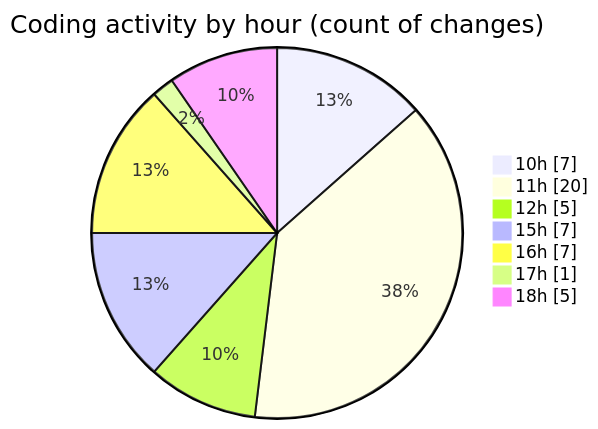
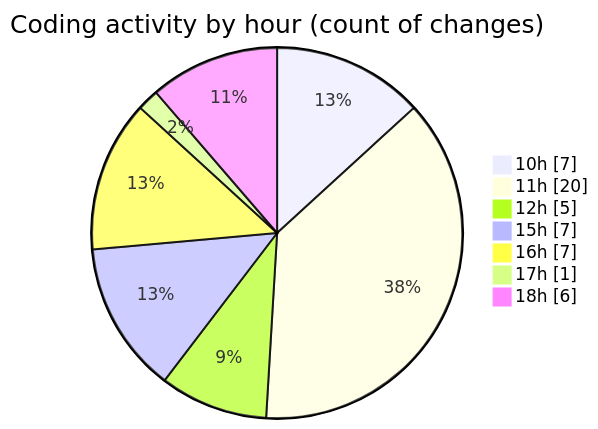
One commit to nxtqubesakshisongat/code-tracking changed the second of 2 diagrams in 2026-04-03/nxtqube_webapp/README.md. Above: the diagram before and after it, drawn with Mermaid. The commit also changed other lines of this file and 1 other file, not shown here.

````diff
--- a/2026-04-03/nxtqube_webapp/README.md
+++ b/2026-04-03/nxtqube_webapp/README.md
@@ -32,11 +32,11 @@
 ```mermaid
 pie showData
 title Coding activity by hour (count of changes)
 "10h" : 7
 "11h" : 20
 "12h" : 5
 "15h" : 7
 "16h" : 7
 "17h" : 1
-"18h" : 5
+"18h" : 6
 ```
````
